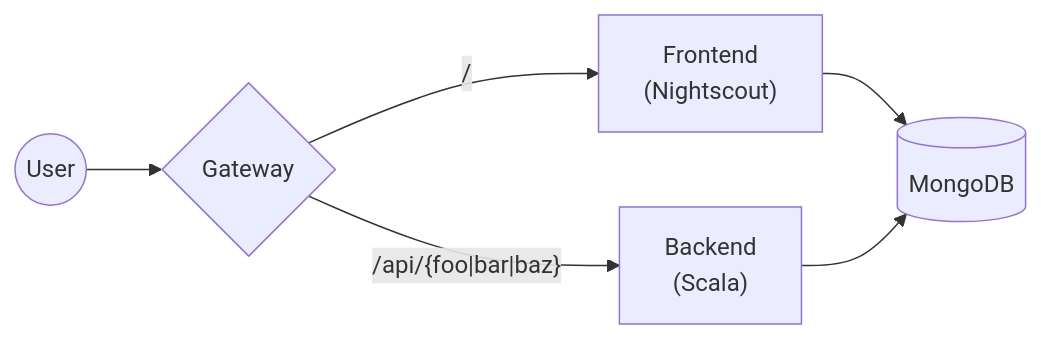
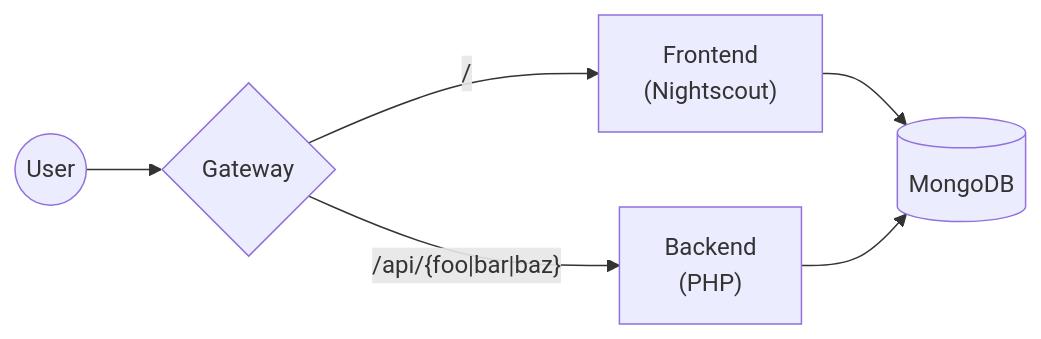
Before and after one commit to earldouglas/cgm: the fourth of 5 diagrams in README.md, drawn with Mermaid. The commit also changed other lines of this file, not shown here.

````diff
--- a/README.md
+++ b/README.md
@@ -70,17 +89,17 @@
 ```mermaid
 flowchart LR
 
     User@{ shape: circle }
     Gateway@{ shape: diamond }
     MongoDB@{ shape: cylinder }
     Frontend@{ label: "Frontend\n(Nightscout)" }
-    Backend@{ label: "Backend\n(Scala)" }
+    Backend@{ label: "Backend\n(PHP)" }
 
     User --> Gateway
 
     Gateway -->|"/api/{foo|bar|baz}"| Backend
     Gateway -->|/| Frontend
 
     Frontend --> MongoDB
     Backend --> MongoDB
 ```
````
